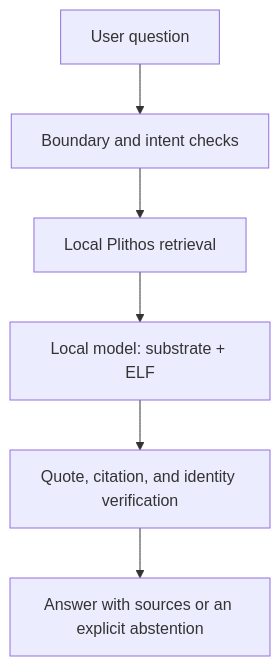
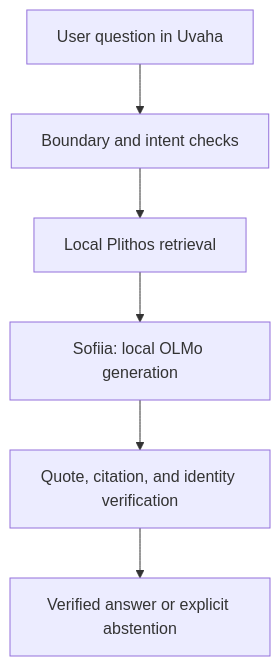
The diagram in README.md (plithosorthodox/Orthodox_Intelligence), drawn with Mermaid before and after one commit. The commit also changed other lines of this file, not shown here.

Commit message:
Document Uvaha and Sofiia v0.1 architecture [skip ci]

````diff
--- a/README.md
+++ b/README.md
@@ -25,8 +41,8 @@
 ```mermaid
 flowchart TD
-    Q["User question"] --> B["Boundary and intent checks"]
+    Q["User question in Uvaha"] --> B["Boundary and intent checks"]
     B --> R["Local Plithos retrieval"]
-    R --> M["Local model: substrate + ELF"]
+    R --> M["Sofiia: local OLMo generation"]
     M --> V["Quote, citation, and identity verification"]
-    V --> A["Answer with sources or an explicit abstention"]
+    V --> A["Verified answer or explicit abstention"]
 ```
````
